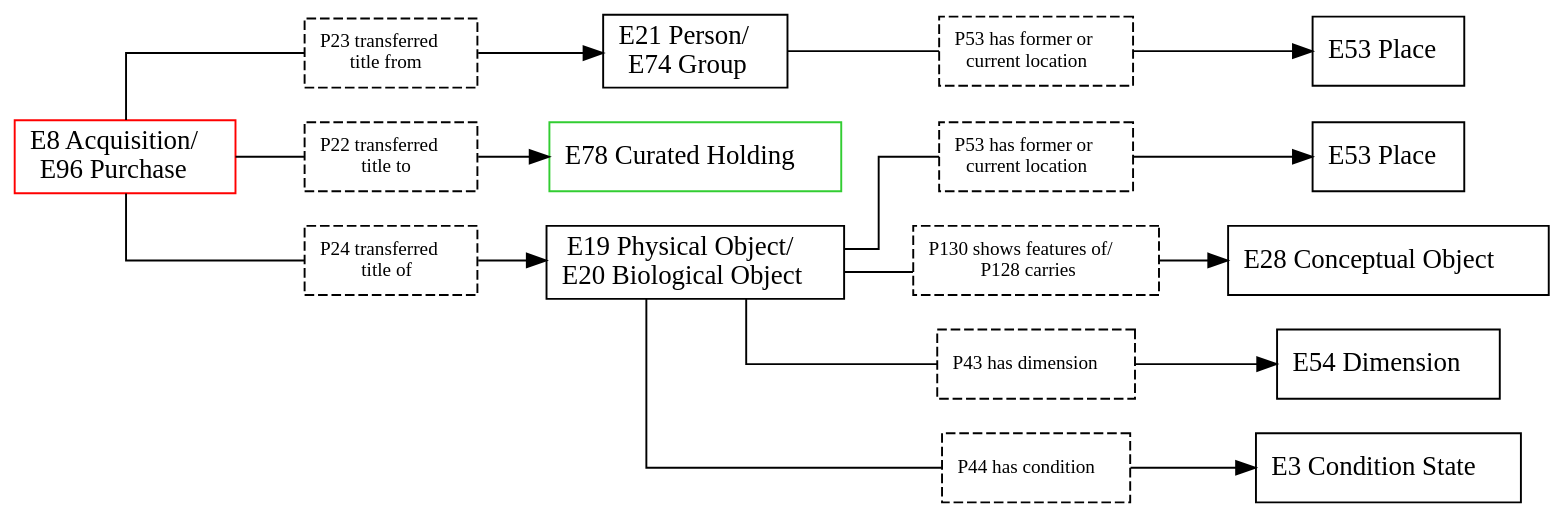
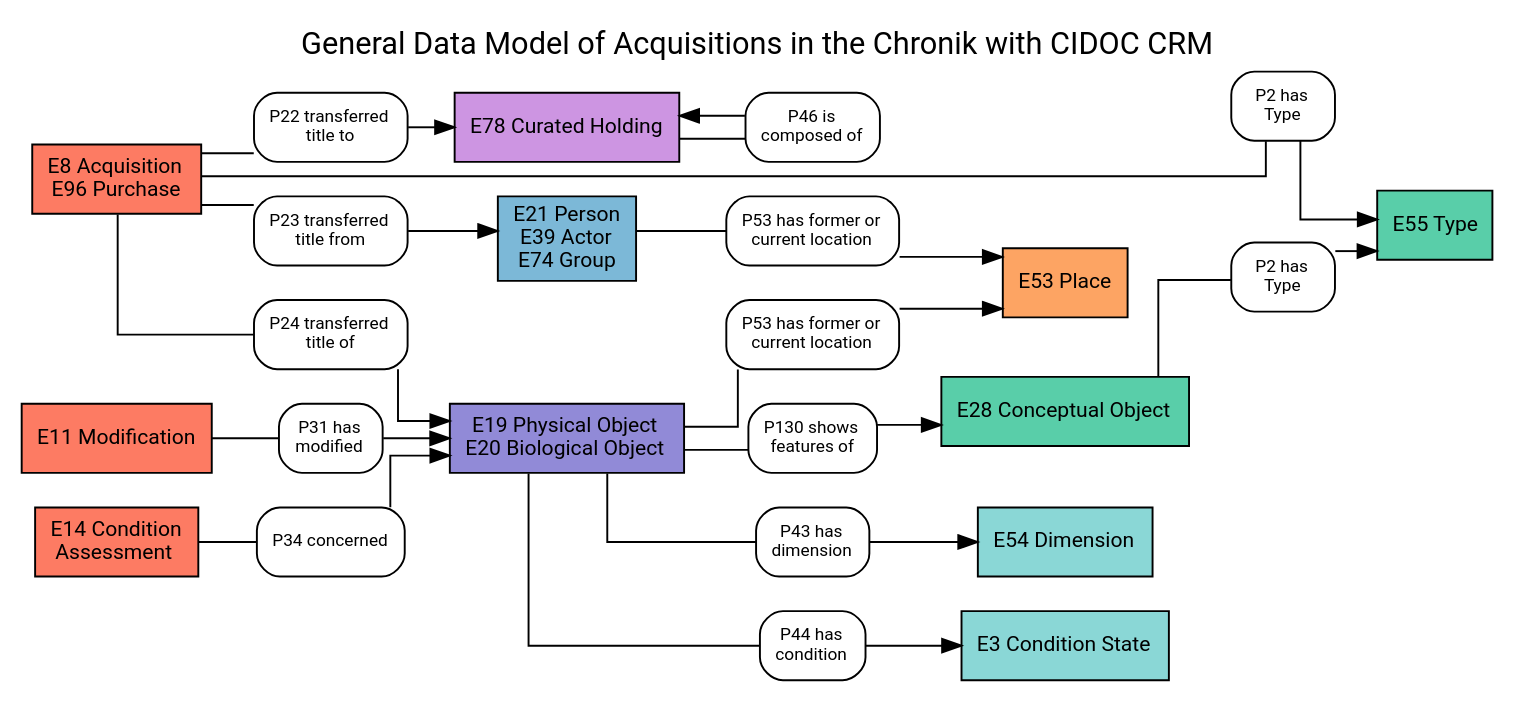
Before and after one commit to marquart/naturkundemuseum-annotation: the diagram in Documentation/Visualizations/CIDOC_Acquisitions_Schema.gv, drawn with Graphviz. The commit also changed 6 other files, not shown here.

Commit message:
Website analyze-tab data fetching more robust, new Data Model Vis

```diff
--- a/Documentation/Visualizations/CIDOC_Acquisitions_Schema.gv
+++ b/Documentation/Visualizations/CIDOC_Acquisitions_Schema.gv
@@ -1,49 +1,86 @@
 digraph Acquisitions_Schema {
-    bgcolor="transparent";
+    overlap = false;
+    sep = 0.1;
+    mode="major";
+    labelloc="t";
+    label="General Data Model of Acquisitions in the Chronik with CIDOC CRM";
+    bgcolor="none";
     rankdir="LR";
-    
-    fontname="Source Pro"; 
-    node [shape=box fontname="Source Serif Pro"];
-    edge [fontname="Source Serif Pro"];
+    ranksep="0.3 ";
+    fontname="Roboto";
+    fontsize="16";
+    node [shape=box fontname="Roboto" color="black" penwidth=1 style="filled" fillcolor="#00000000"];
+    edge [fontname="Roboto" fontsize="8" penwidth=1 weight=1.9];
     splines=ortho;
+    penwidth=8;
     
     {
-        E19 [label=<E19 Physical Object/<BR/>E20 Biological Object> color="black"];
-        E21 [label=<E21 Person/<BR/>E74 Group> color="black"];
-        E8 [label=<E8 Acquisition/<BR/>E96 Purchase> color="red"];
-        E78 [label=<E78 Curated Holding<BR/>> color="limegreen"];
-        E53_1 [label=<E53 Place> color="black"];
-        E3 [label=<E3 Condition State> color="black"];
-        E53_2 [label=<E53 Place> color="black"];
-        E28 [label=<E28 Conceptual Object> color="black"];
-        E54 [label=<E54 Dimension> color="black"];
-        
-        P23 [label=<P23 transferred<BR/>title from> color="black" style="dashed" fontsize="10"];
-        P22 [label=<P22 transferred<BR/>title to> color="black" style="dashed" fontsize="10"];
-        P53_1 [label=<P53 has former or<BR/>current location> color="black" style="dashed" fontsize="10"];
-        P24 [label=<P24 transferred<BR/>title of> color="black" style="dashed" fontsize="10"];
-        P53_2 [label=<P53 has former or<BR/>current location> color="black" style="dashed" fontsize="10"];
-        P128 [label=<P130 shows features of/<BR/>P128 carries> color="black" style="dashed" fontsize="10"];
-        P43 [label=<P43 has dimension> color="black" style="dashed" fontsize="10"];
-        P44 [label=<P44 has condition> color="black" style="dashed" fontsize="10"];
+        E78 [label=<E78 Curated Holding>  fillcolor="#b560d4aa" fontsize="11"];
+        E21 [label=<E21 Person<BR/>E39 Actor<BR/>E74 Group>  fillcolor="#3b95c4aa" fontsize="11"];
+        E55 [label=<E55 Type>  fillcolor="#06b67eaa" fontsize="11"];
+        E8  [label=<E8 Acquisition<BR/>E96 Purchase>  fillcolor="#fc3915aa" fontsize="11"];
+        E53 [label=<E53 Place>  fillcolor="#fc7715aa" fontsize="11"];
+        E28 [label=<E28 Conceptual Object>  fillcolor="#06b67eaa" fontsize="11"];
+        E19  [label=<E19 Physical Object<BR/>E20 Biological Object>  fillcolor="#5a50c4aa" fontsize="11"];
+        E11 [label=<E11 Modification>  fillcolor="#fc3915aa" fontsize="11"];
+        E54 [label=<E54 Dimension>  fillcolor="#50c4c2aa" fontsize="11"];
+        E3  [label=<E3 Condition State>  fillcolor="#50c4c2aa" fontsize="11"];
+        E14 [label=<E14 Condition<BR/>Assessment>  fillcolor="#fc3915aa" fontsize="11"];
+
+        P46 [label=<P46 is<BR/>composed of>  style="filled, rounded" fontsize="9" ];
+        P2_1 [label=<P2 has<BR/>Type>  style="filled, rounded" fontsize="9" ];
+        P22 [label=<P22 transferred<BR/>title to>  style="filled, rounded" fontsize="9" ];
+        P23 [label=<P23 transferred<BR/>title from>  style="filled, rounded" fontsize="9" ];
+        P53_1 [label=<P53 has former or<BR/>current location>  style="filled, rounded" fontsize="9" ];
+        P2_2 [label=<P2 has<BR/>Type>  style="filled, rounded" fontsize="9" ];
+        P130 [label=<P130 shows<BR/>features of>  style="filled, rounded" fontsize="9" ];
+        P24 [label=<P24 transferred<BR/>title of>  style="filled, rounded" fontsize="9" ];
+        P53_2 [label=<P53 has former or<BR/>current location>  style="filled, rounded" fontsize="9" ];
+        P31 [label=<P31 has<BR/>modified>  style="filled, rounded" fontsize="9" ];
+        P43 [label=<P43 has<BR/>dimension>  style="filled, rounded" fontsize="9" ];
+        P44 [label=<P44 has<BR/>condition>  style="filled, rounded" fontsize="9" ];
+        P34 [label=<P34 concerned>  style="filled, rounded" fontsize="9" ];
 
     }
-    
+
+
+
+    E8 -> P2_1 [arrowhead=none];
+    P2_1 -> E55;
+
+    E8 -> P22 [arrowhead=none];
+    P22 -> E78;
+
     E8 -> P23 [arrowhead=none];
     P23 -> E21;
+
+    E21 -> P53_1 [arrowhead=none];
+    P53_1 -> E53;
+
+    E28 -> P2_2 [arrowhead=none];
+    P2_2 -> E55;
+
+    E19 -> P130 [arrowhead=none];
+    P130 -> E28;
+
     E8 -> P24 [arrowhead=none];
     P24 -> E19;
-    E8 -> P22 [arrowhead=none];
-    P22 -> E78;
-    E21 -> P53_1 [arrowhead=none];
-    P53_1 -> E53_1;
-    E19 -> P128 [arrowhead=none];
-    P128 -> E28;
+
     E19 -> P53_2 [arrowhead=none];
-    P53_2 -> E53_2;
+    P53_2 -> E53;
+
+    E11 -> P31 [arrowhead=none];
+    P31 -> E19;
+
     E19 -> P43 [arrowhead=none];
     P43 -> E54;
+
     E19 -> P44 [arrowhead=none];
     P44 -> E3;
 
+    E14 -> P34 [arrowhead=none];
+    P34 -> E19;
+
+    P46 -> E78;
+    E78 -> P46 [arrowhead=none];
 }
```
